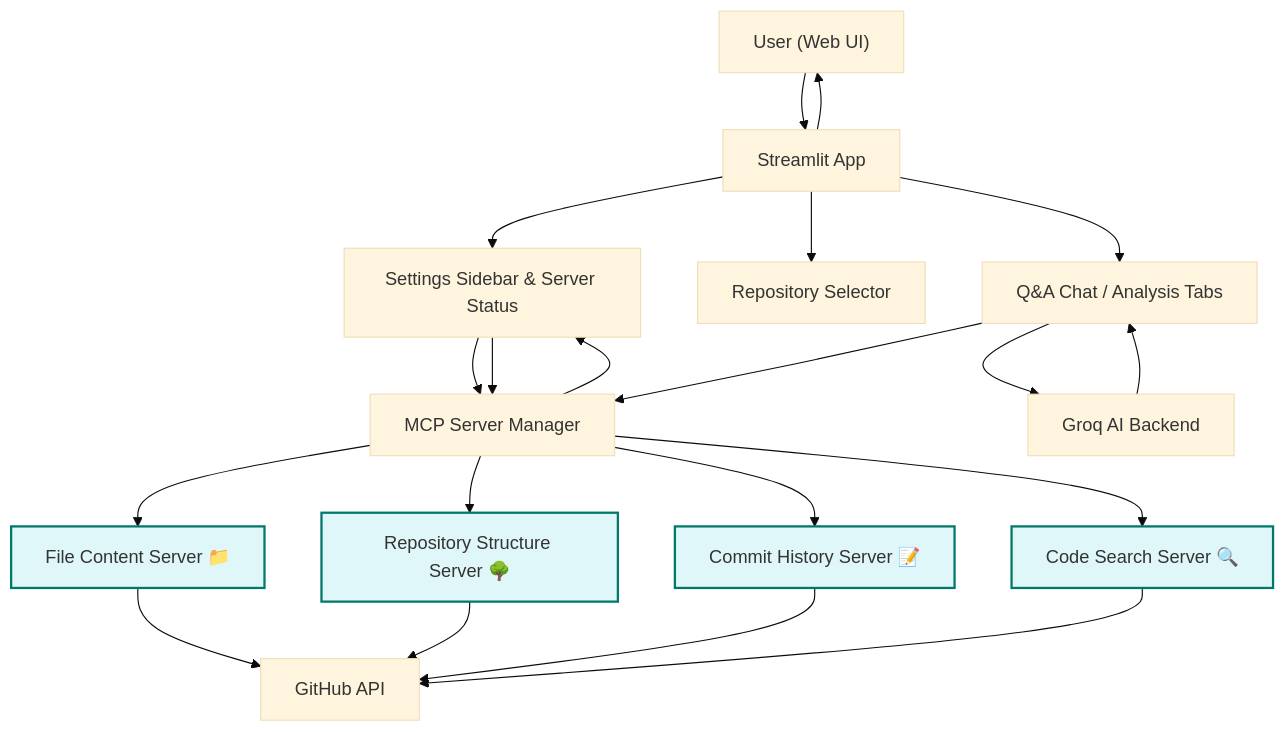
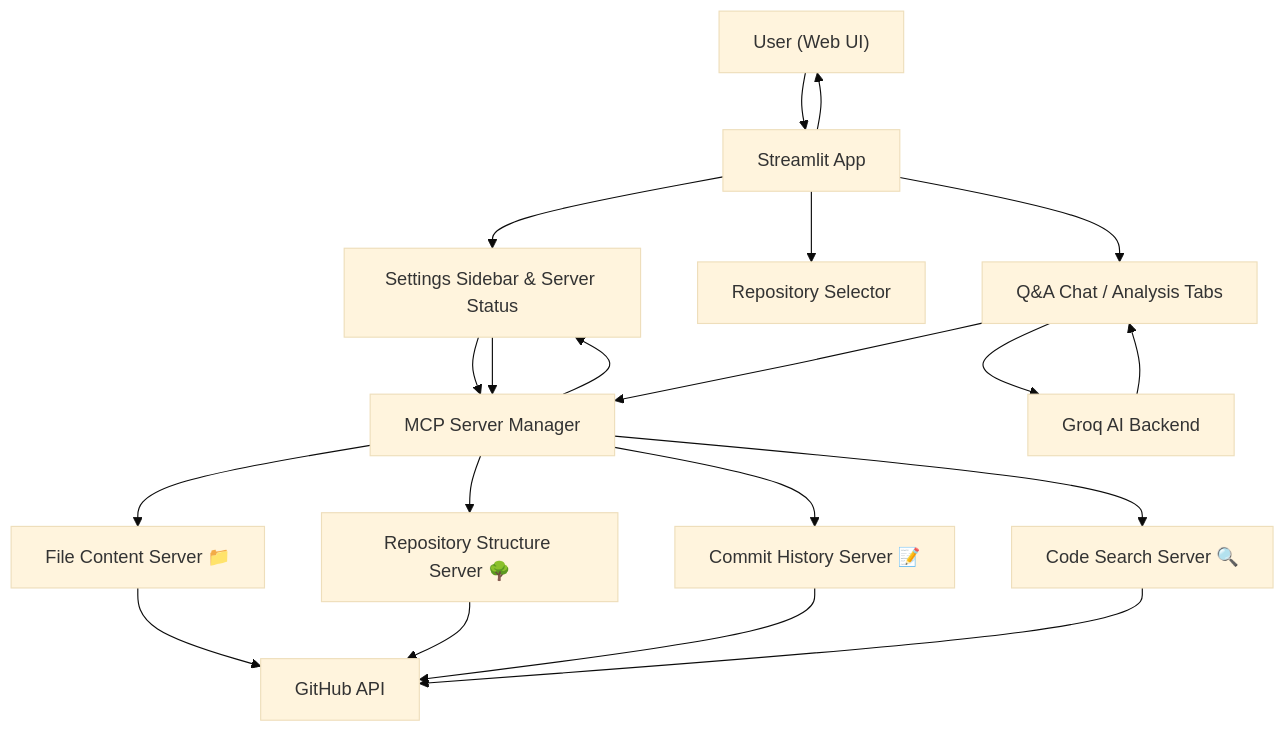
The diagram in README.md (KaifAhmad1/repo-analyzer), drawn with Mermaid (base theme) before and after one commit.

Commit message:
docs: simplify system flowchart by removing color styling from server blocks

````diff
--- a/README.md
+++ b/README.md
@@ -86,24 +86,22 @@
 ```mermaid
 flowchart TD
     A["User (Web UI)"] --> B["Streamlit App"]
     B --> C["Settings Sidebar & Server Status"]
     B --> D["Repository Selector"]
     B --> E["Q&A Chat / Analysis Tabs"]
     C --> F["MCP Server Manager"]
     F --> G1["File Content Server 📁"]
     F --> G2["Repository Structure Server 🌳"]
     F --> G3["Commit History Server 📝"]
     F --> G4["Code Search Server 🔍"]
     E --> F
     G1 --> I["GitHub API"]
     G2 --> I
     G3 --> I
     G4 --> I
     E --> H["Groq AI Backend"]
     H --> E
     F --> C
     C --> F
     B --> A
-    classDef server fill:#e0f7fa,stroke:#00796b,stroke-width:2px;
-    class G1,G2,G3,G4 server;
 ```
````
